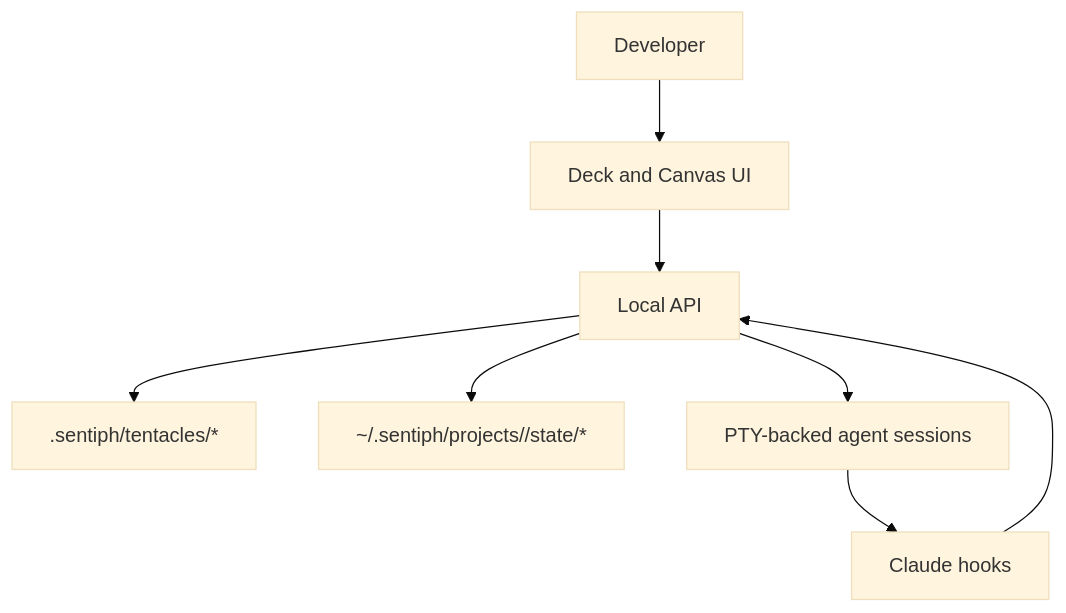
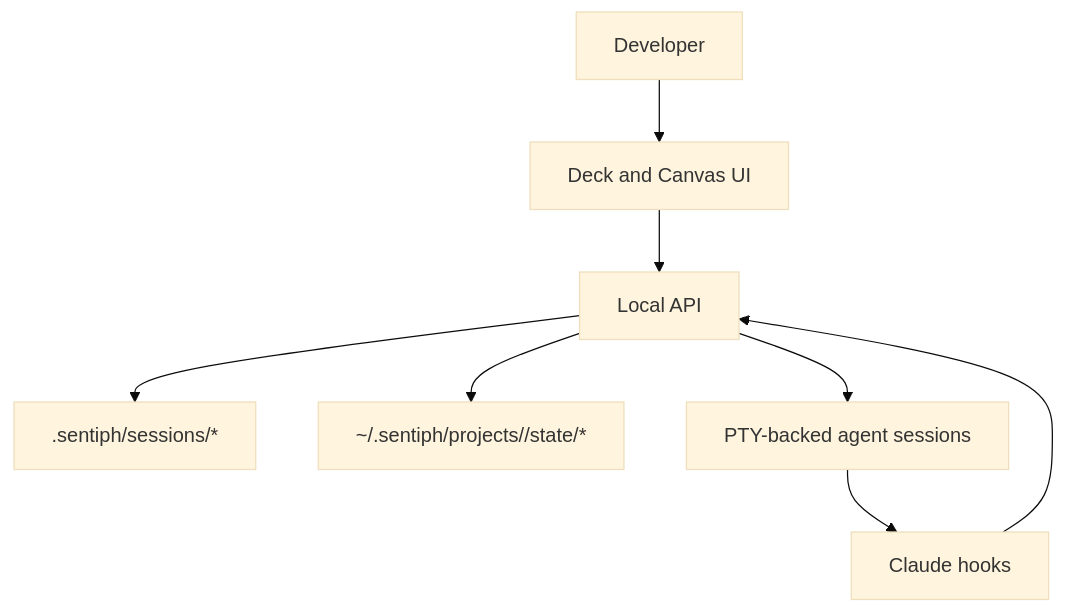
The diagram in docs/concepts/mental-model.md (josephg29/sentiph), drawn with Mermaid (base theme) before and after one commit. The commit also changed other lines of this file and 15 other files, not shown here.

````diff
--- a/docs/concepts/mental-model.md
+++ b/docs/concepts/mental-model.md
@@ -9,10 +9,10 @@
 ```mermaid
 flowchart TD
   Human[Developer] --> Deck[Deck and Canvas UI]
   Deck --> API[Local API]
-  API --> Files[".sentiph/tentacles/*"]
+  API --> Files[".sentiph/sessions/*"]
   API --> State["~/.sentiph/projects/<id>/state/*"]
   API --> PTY[PTY-backed agent sessions]
   PTY --> Hooks[Claude hooks]
   Hooks --> API
 ```
````
